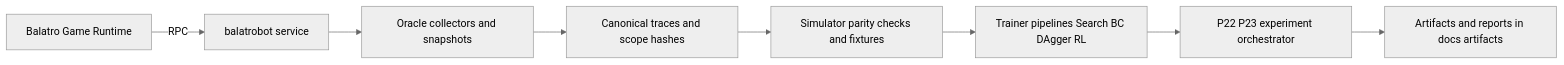
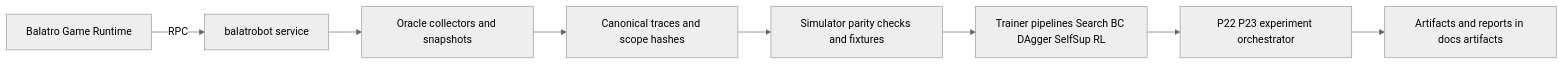
The diagram in docs/ARCHITECTURE.md (XcapeAxis/BalatroAI), drawn with Mermaid (neutral theme) before and after one commit. The commit also changed other lines of this file and 6 other files, not shown here.

````diff
--- a/docs/ARCHITECTURE.md
+++ b/docs/ARCHITECTURE.md
@@ -5,10 +5,10 @@
 ```mermaid
 flowchart LR
   A["Balatro Game Runtime"] -->|RPC| B["balatrobot service"]
   B --> C["Oracle collectors and snapshots"]
   C --> D["Canonical traces and scope hashes"]
   D --> E["Simulator parity checks and fixtures"]
-  E --> F["Trainer pipelines Search BC DAgger RL"]
+  E --> F["Trainer pipelines Search BC DAgger SelfSup RL"]
   F --> G["P22 P23 experiment orchestrator"]
   G --> H["Artifacts and reports in docs artifacts"]
 ```
````
